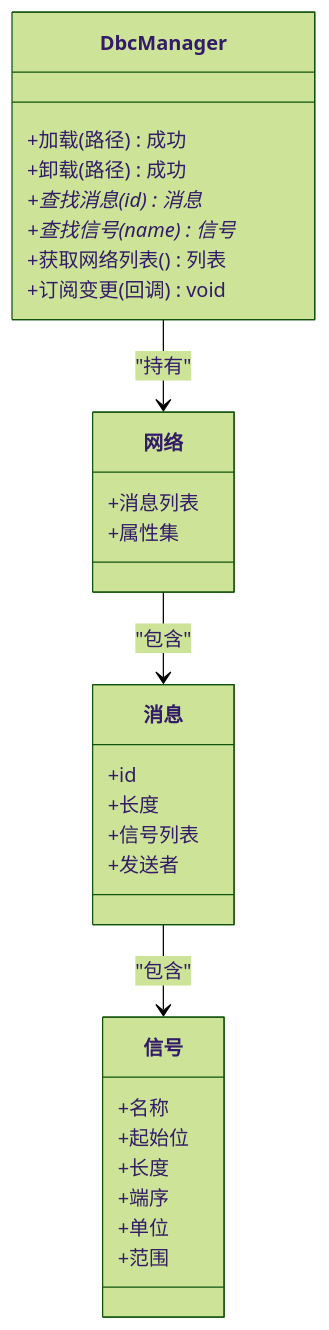
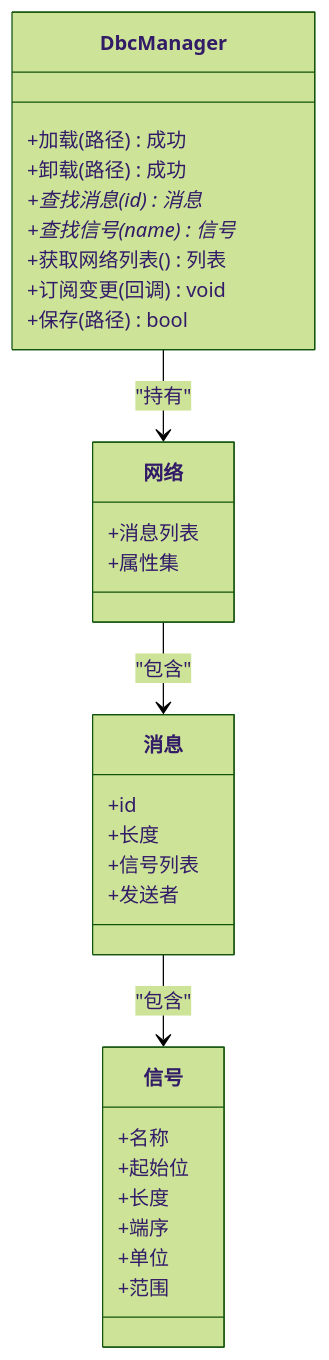
One commit to jakecai1225-design/OpenBus changed the sixth of 8 diagrams in .qoder/repowiki/zh/content/核心模块详解/DBC文件支持/DBC文件支持.md. Above: the diagram before and after it, drawn with Mermaid (forest theme). The commit also changed other lines of this file and 38 other files, not shown here.

````diff
--- a/.qoder/repowiki/zh/content/核心模块详解/DBC文件支持/DBC文件支持.md
+++ b/.qoder/repowiki/zh/content/核心模块详解/DBC文件支持/DBC文件支持.md
@@ -171,32 +257,33 @@
 ```mermaid
 classDiagram
 class DbcManager {
 +加载(路径) 成功
 +卸载(路径) 成功
 +查找消息(id) 消息*
 +查找信号(name) 信号*
 +获取网络列表() 列表
 +订阅变更(回调) void
++保存(路径) bool
 }
 class 网络 {
 +消息列表
 +属性集
 }
 class 消息 {
 +id
 +长度
 +信号列表
 +发送者
 }
 class 信号 {
 +名称
 +起始位
 +长度
 +端序
 +单位
 +范围
 }
 DbcManager --> 网络 : "持有"
 网络 --> 消息 : "包含"
 消息 --> 信号 : "包含"
 ```
````
